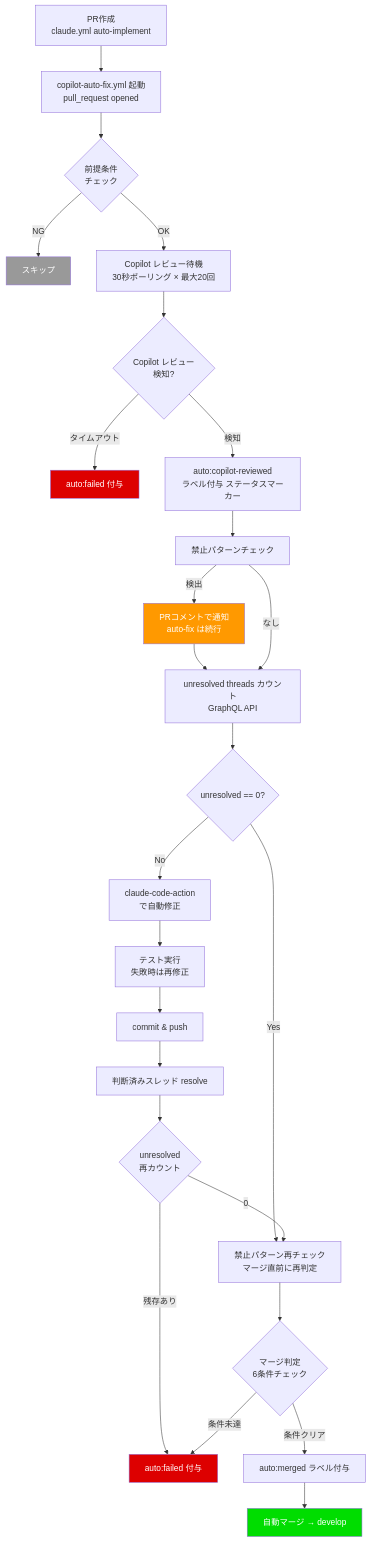
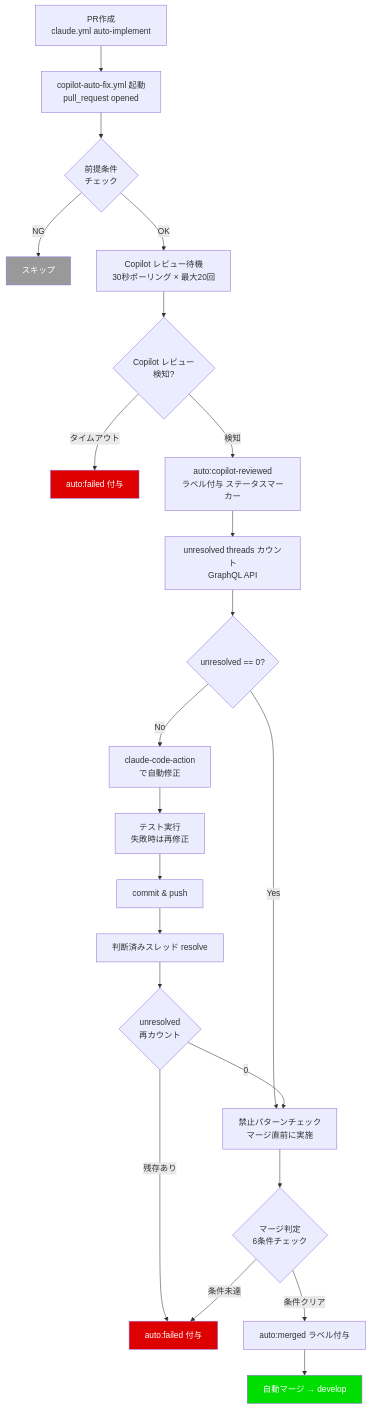
One commit to becky3/learning-companion changed the first of 2 diagrams in docs/specs/copilot-auto-fix.md. Above: the diagram before and after it, drawn with Mermaid. The commit also changed other lines of this file and 1 other file, not shown here.

````diff
--- a/docs/specs/copilot-auto-fix.md
+++ b/docs/specs/copilot-auto-fix.md
@@ -69,33 +69,29 @@
 ```mermaid
 flowchart TD
     A[PR作成<br/>claude.yml auto-implement] --> B[copilot-auto-fix.yml 起動<br/>pull_request opened]
     B --> B0{前提条件<br/>チェック}
     B0 -->|NG| Z[スキップ]
     B0 -->|OK| B1[Copilot レビュー待機<br/>30秒ポーリング × 最大20回]
     B1 --> B2{Copilot レビュー<br/>検知?}
     B2 -->|タイムアウト| I2[auto:failed 付与]
     B2 -->|検知| B3[auto:copilot-reviewed<br/>ラベル付与 ステータスマーカー]
-    B3 --> H[禁止パターンチェック]
-    H -->|検出| H2[PRコメントで通知<br/>auto-fix は続行]
-    H2 --> J
-    H -->|なし| J[unresolved threads カウント<br/>GraphQL API]
+    B3 --> J[unresolved threads カウント<br/>GraphQL API]
     J --> K{unresolved == 0?}
-    K -->|Yes| L0[禁止パターン再チェック<br/>マージ直前に再判定]
+    K -->|Yes| L0[禁止パターンチェック<br/>マージ直前に実施]
     L0 --> L{マージ判定<br/>6条件チェック}
     K -->|No| M[claude-code-action<br/>で自動修正]
     M --> M2[テスト実行<br/>失敗時は再修正]
     M2 --> M3[commit & push]
     M3 --> N[判断済みスレッド resolve]
     N --> N2{unresolved<br/>再カウント}
     N2 -->|残存あり| P[auto:failed 付与]
     N2 -->|0| L0
     L -->|条件クリア| L2[auto:merged ラベル付与]
     L2 --> O[自動マージ → develop]
     L -->|条件未達| P
 
     style O fill:#0d0,color:#fff
-    style H2 fill:#f90,color:#fff
     style I2 fill:#d00,color:#fff
     style P fill:#d00,color:#fff
     style Z fill:#999,color:#fff
 ```
````
